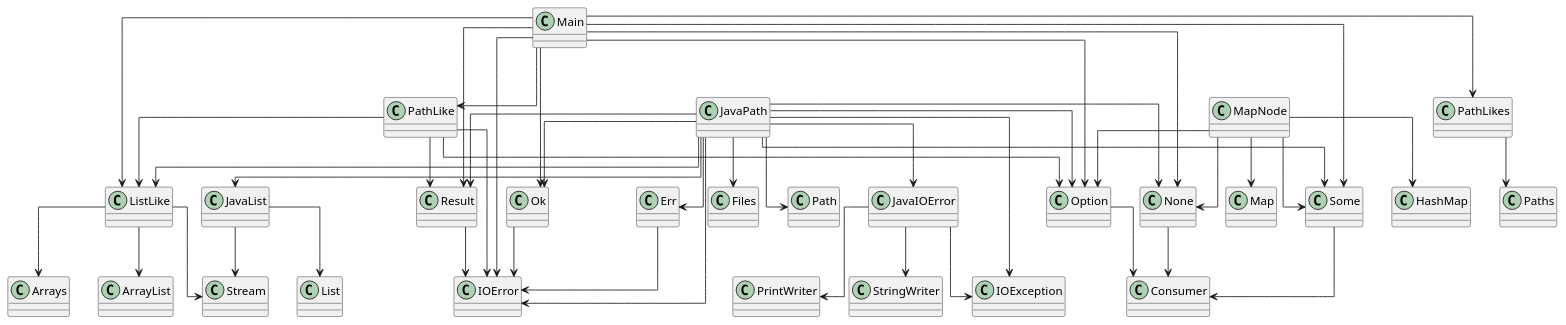
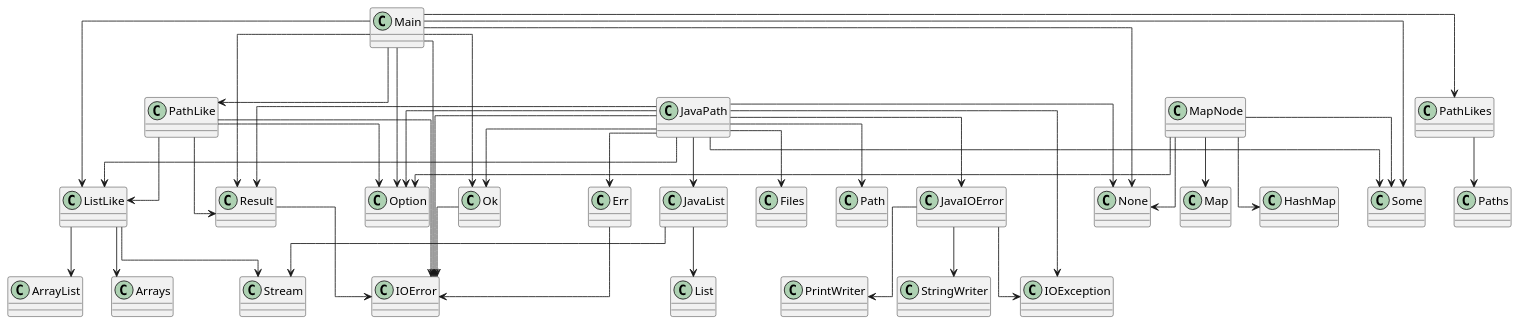
Before and after one commit to SirMathhman/Magma: the diagram in diagram.puml, drawn with PlantUML. The commit also changed 1 other file, not shown here.

Commit message:
Remove Consumer

```diff
--- a/diagram.puml
+++ b/diagram.puml
@@ -1,65 +1,62 @@
 @startuml
 skinparam linetype ortho
 class IOError
 class JavaIOError
 JavaIOError --> IOException
 JavaIOError --> PrintWriter
 JavaIOError --> StringWriter
 class JavaList
 JavaList --> List
 JavaList --> Stream
 class ListLike
 ListLike --> ArrayList
 ListLike --> Arrays
 ListLike --> Stream
 class Main
 Main --> IOError
 Main --> ListLike
 Main --> None
 Main --> Option
 Main --> Some
 Main --> PathLike
 Main --> PathLikes
 Main --> Ok
 Main --> Result
 class MapNode
 MapNode --> None
 MapNode --> Option
 MapNode --> Some
 MapNode --> HashMap
 MapNode --> Map
 class None
-None --> Consumer
 class Option
-Option --> Consumer
 class Some
-Some --> Consumer
 class JavaPath
 JavaPath --> IOError
 JavaPath --> JavaIOError
 JavaPath --> JavaList
 JavaPath --> ListLike
 JavaPath --> None
 JavaPath --> Option
 JavaPath --> Some
 JavaPath --> Err
 JavaPath --> Ok
 JavaPath --> Result
 JavaPath --> IOException
 JavaPath --> Files
 JavaPath --> Path
 class PathLike
 PathLike --> IOError
 PathLike --> ListLike
 PathLike --> Option
 PathLike --> Result
 class PathLikes
 PathLikes --> Paths
 class Err
 Err --> IOError
 class Ok
 Ok --> IOError
 class Result
 Result --> IOError
 
 @enduml
```
